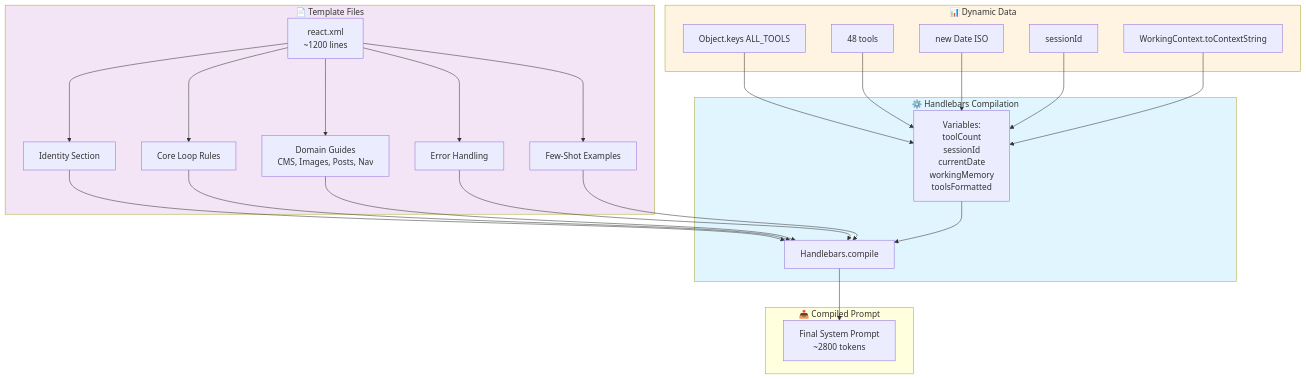
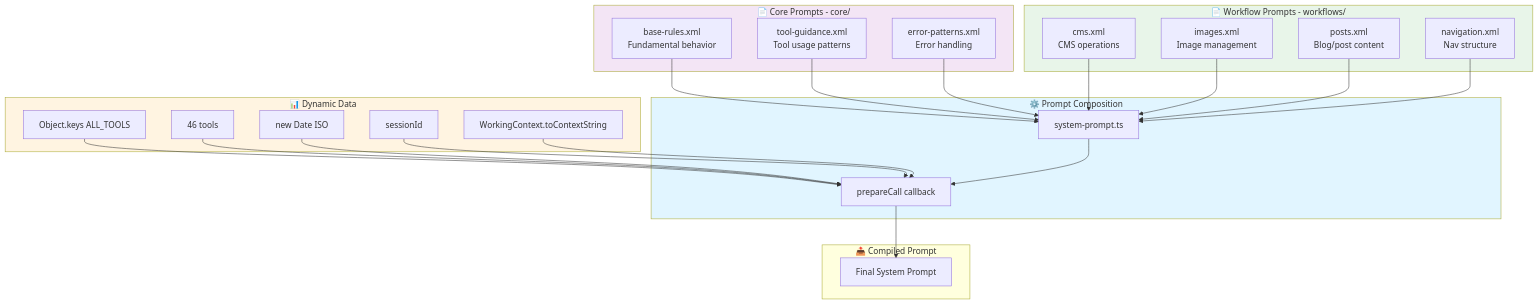
The fifth of 10 diagrams in docs/architecture/AGENT_SYSTEM_DIAGRAM.md (gabros20/react-agent-prototype), drawn with Mermaid before and after one commit. The commit also changed other lines of this file and 35 other files, not shown here.

First line of the commit message:
docs: restructure architecture docs and refine tool types

````diff
--- a/docs/architecture/AGENT_SYSTEM_DIAGRAM.md
+++ b/docs/architecture/AGENT_SYSTEM_DIAGRAM.md
@@ -527,53 +527,54 @@
 ```mermaid
 flowchart TB
-    subgraph TemplateFiles["📄 Template Files"]
-        ReactXML[react.xml<br/>~1200 lines]
-        Identity[Identity Section]
-        CoreLoop[Core Loop Rules]
-        DomainGuides[Domain Guides<br/>CMS, Images, Posts, Nav]
-        ErrorHandling[Error Handling]
-        Examples[Few-Shot Examples]
+    subgraph CorePrompts["📄 Core Prompts - core/"]
+        BaseRules[base-rules.xml<br/>Fundamental behavior]
+        ToolGuidance[tool-guidance.xml<br/>Tool usage patterns]
+        ErrorPatterns[error-patterns.xml<br/>Error handling]
+    end
+
+    subgraph WorkflowPrompts["📄 Workflow Prompts - workflows/"]
+        CmsWorkflow[cms.xml<br/>CMS operations]
+        ImageWorkflow[images.xml<br/>Image management]
+        PostWorkflow[posts.xml<br/>Blog/post content]
+        NavWorkflow[navigation.xml<br/>Nav structure]
     end
 
     subgraph DynamicData["📊 Dynamic Data"]
         ToolsList[Object.keys ALL_TOOLS]
-        ToolCount[48 tools]
+        ToolCount[46 tools]
         CurrentDate[new Date ISO]
         SessionIdVal[sessionId]
         WorkingMem[WorkingContext.toContextString]
     end
 
-    subgraph Compilation["⚙️ Handlebars Compilation"]
-        Compile[Handlebars.compile]
-        Variables["Variables:<br/>toolCount<br/>sessionId<br/>currentDate<br/>workingMemory<br/>toolsFormatted"]
+    subgraph Composition["⚙️ Prompt Composition"]
+        SystemPromptTS[system-prompt.ts]
+        PrepareCall[prepareCall callback]
     end
 
     subgraph Output["📤 Compiled Prompt"]
-        Final[Final System Prompt<br/>~2800 tokens]
+        Final[Final System Prompt]
     end
 
-    ReactXML --> Identity
-    ReactXML --> CoreLoop
-    ReactXML --> DomainGuides
-    ReactXML --> ErrorHandling
-    ReactXML --> Examples
+    BaseRules --> SystemPromptTS
+    ToolGuidance --> SystemPromptTS
+    ErrorPatterns --> SystemPromptTS
+    CmsWorkflow --> SystemPromptTS
+    ImageWorkflow --> SystemPromptTS
+    PostWorkflow --> SystemPromptTS
+    NavWorkflow --> SystemPromptTS
 
-    Identity --> Compile
-    CoreLoop --> Compile
-    DomainGuides --> Compile
-    ErrorHandling --> Compile
-    Examples --> Compile
+    ToolsList --> PrepareCall
+    ToolCount --> PrepareCall
+    CurrentDate --> PrepareCall
+    SessionIdVal --> PrepareCall
+    WorkingMem --> PrepareCall
 
-    ToolsList --> Variables
-    ToolCount --> Variables
-    CurrentDate --> Variables
-    SessionIdVal --> Variables
-    WorkingMem --> Variables
+    SystemPromptTS --> PrepareCall
+    PrepareCall --> Final
 
-    Variables --> Compile
-    Compile --> Final
-
-    style TemplateFiles fill:#f3e5f5
+    style CorePrompts fill:#f3e5f5
+    style WorkflowPrompts fill:#e8f5e9
     style DynamicData fill:#fff4e1
-    style Compilation fill:#e1f5ff
+    style Composition fill:#e1f5ff
 ```
````
